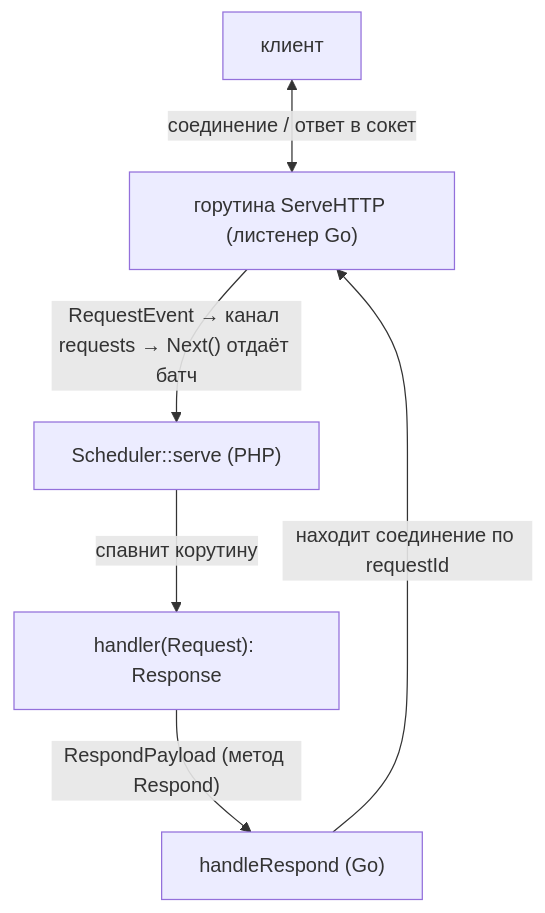
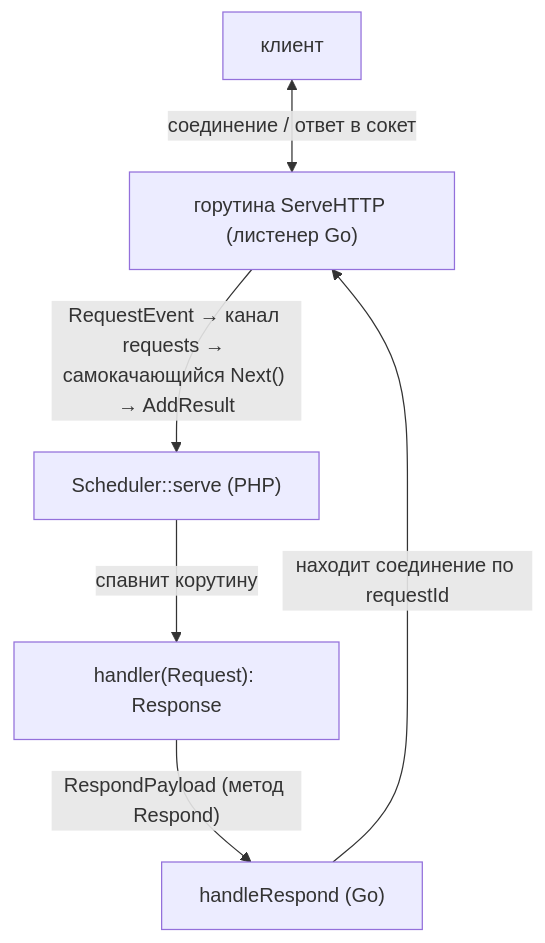
The diagram in docs/adding-a-server.ru.md (sprust/sconcur), drawn with Mermaid before and after one commit. The commit also changed other lines of this file and 1 other file, not shown here.

````diff
--- a/docs/adding-a-server.ru.md
+++ b/docs/adding-a-server.ru.md
@@ -42,14 +42,14 @@
 ```mermaid
 flowchart TB
     client["клиент"]
     serve["горутина ServeHTTP (листенер Go)"]
     sched["Scheduler::serve (PHP)"]
     handler["handler(Request): Response"]
     respond["handleRespond (Go)"]
 
     client <-->|"соединение / ответ в сокет"| serve
-    serve -->|"RequestEvent → канал requests → Next() отдаёт батч"| sched
+    serve -->|"RequestEvent → канал requests → самокачающийся Next() → AddResult"| sched
     sched -->|"спавнит корутину"| handler
     handler -->|"RespondPayload (метод Respond)"| respond
     respond -->|"находит соединение по requestId"| serve
 ```
````
